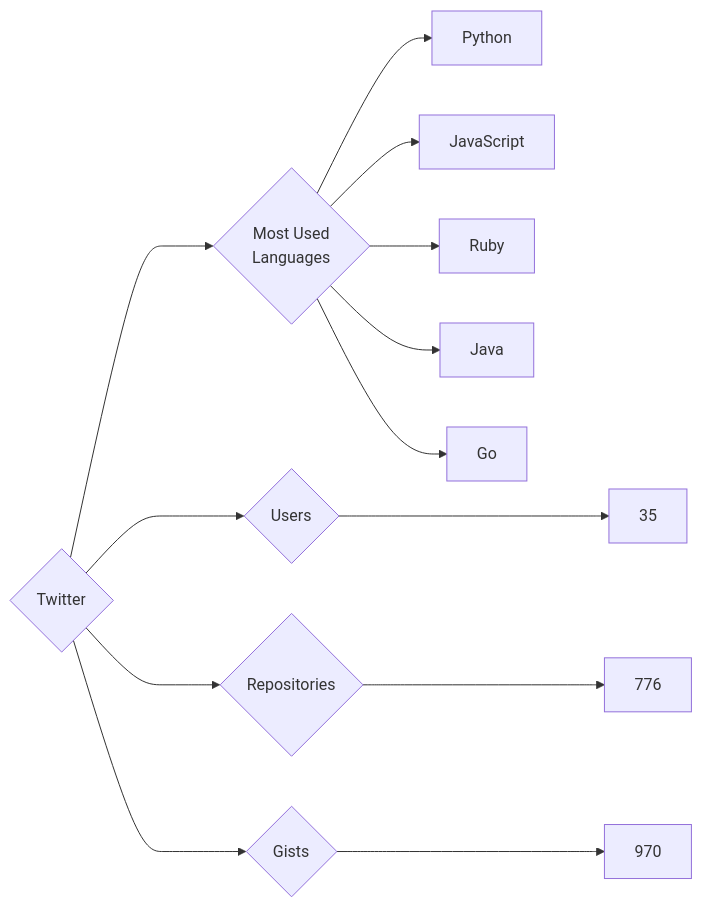
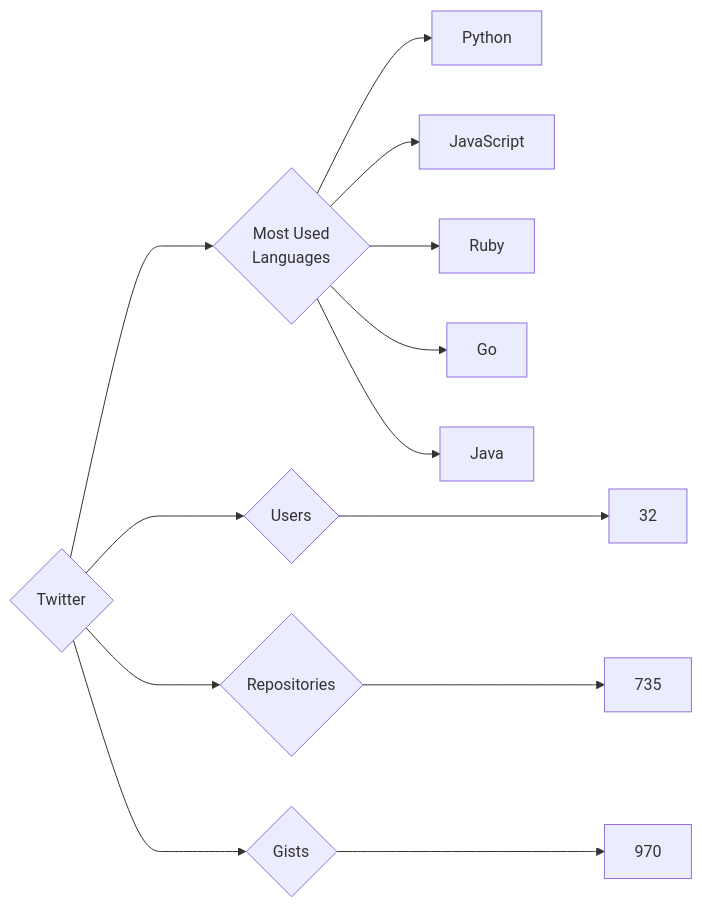
Before and after one commit to trickest/insiders: the diagram in targets/Twitter/README.md, drawn with Mermaid. The commit also changed 682 other files, not shown here.

````diff
--- a/targets/Twitter/README.md
+++ b/targets/Twitter/README.md
@@ -3,13 +3,13 @@
 ```mermaid
 graph LR
 COMPANY_NAME{Twitter}
-COMPANY_NAME ---> U{Users} ---> UN[35]
-COMPANY_NAME ---> R{Repositories} ---> RN[776]
+COMPANY_NAME ---> U{Users} ---> UN[32]
+COMPANY_NAME ---> R{Repositories} ---> RN[735]
 COMPANY_NAME ---> G{Gists} ---> GN[970]
 COMPANY_NAME ---> ML{Most Used<br>Languages}
 ML --> Python[Python]
 ML --> JavaScript[JavaScript]
 ML --> Ruby[Ruby]
+ML --> Go[Go]
 ML --> Java[Java]
-ML --> Go[Go]
 ```
````
